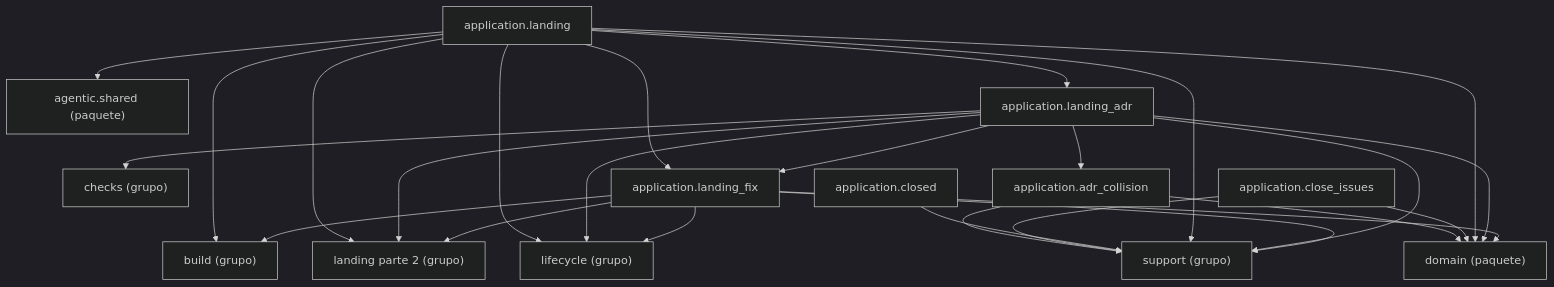
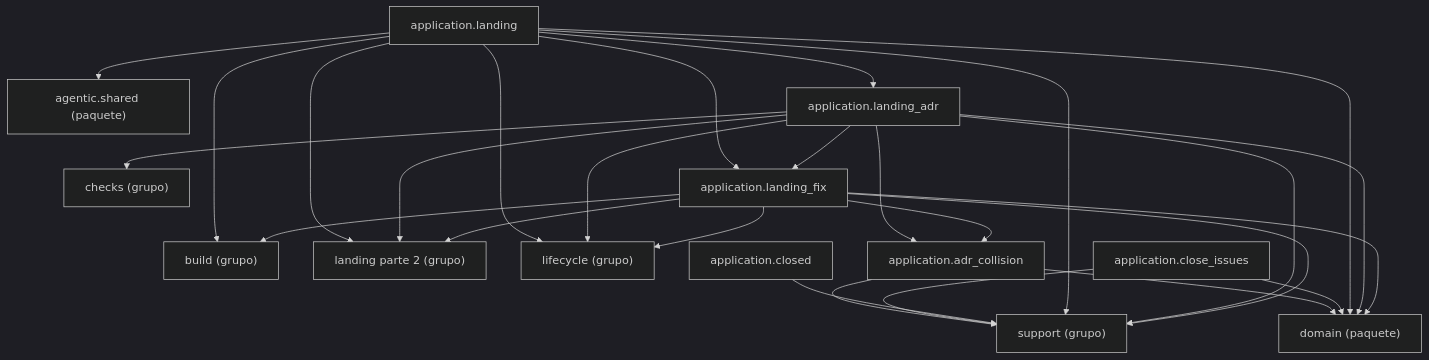
The diagram in docs/architecture/generated/packages-process-application-landing-1.md (GonzaloZevallos/agentic-system), drawn with Mermaid (dark theme) before and after one commit.

Commit message:
Regenerate the architecture docs for the landing_fix spot listing

````diff
--- a/docs/architecture/generated/packages-process-application-landing-1.md
+++ b/docs/architecture/generated/packages-process-application-landing-1.md
@@ -16,41 +16,42 @@
 ```mermaid
 graph TD
     g_application__build["build (grupo)"]
     g_application__checks["checks (grupo)"]
     g_application__landing__2["landing parte 2 (grupo)"]
     g_application__lifecycle["lifecycle (grupo)"]
     g_application__support["support (grupo)"]
     g_pkg__agentic__shared["agentic.shared (paquete)"]
     g_pkg__domain["domain (paquete)"]
     m_application__adr_collision["application.adr_collision"]
     m_application__close_issues["application.close_issues"]
     m_application__closed["application.closed"]
     m_application__landing["application.landing"]
     m_application__landing_adr["application.landing_adr"]
     m_application__landing_fix["application.landing_fix"]
     m_application__adr_collision --> g_application__support
     m_application__adr_collision --> g_pkg__domain
     m_application__close_issues --> g_application__support
     m_application__close_issues --> g_pkg__domain
     m_application__closed --> g_application__support
     m_application__landing --> g_application__build
     m_application__landing --> g_application__landing__2
     m_application__landing --> g_application__lifecycle
     m_application__landing --> g_application__support
     m_application__landing --> g_pkg__agentic__shared
     m_application__landing --> g_pkg__domain
     m_application__landing --> m_application__landing_adr
     m_application__landing --> m_application__landing_fix
     m_application__landing_adr --> g_application__checks
     m_application__landing_adr --> g_application__landing__2
     m_application__landing_adr --> g_application__lifecycle
     m_application__landing_adr --> g_application__support
     m_application__landing_adr --> g_pkg__domain
     m_application__landing_adr --> m_application__adr_collision
     m_application__landing_adr --> m_application__landing_fix
     m_application__landing_fix --> g_application__build
     m_application__landing_fix --> g_application__landing__2
     m_application__landing_fix --> g_application__lifecycle
     m_application__landing_fix --> g_application__support
     m_application__landing_fix --> g_pkg__domain
+    m_application__landing_fix --> m_application__adr_collision
 ```
````
